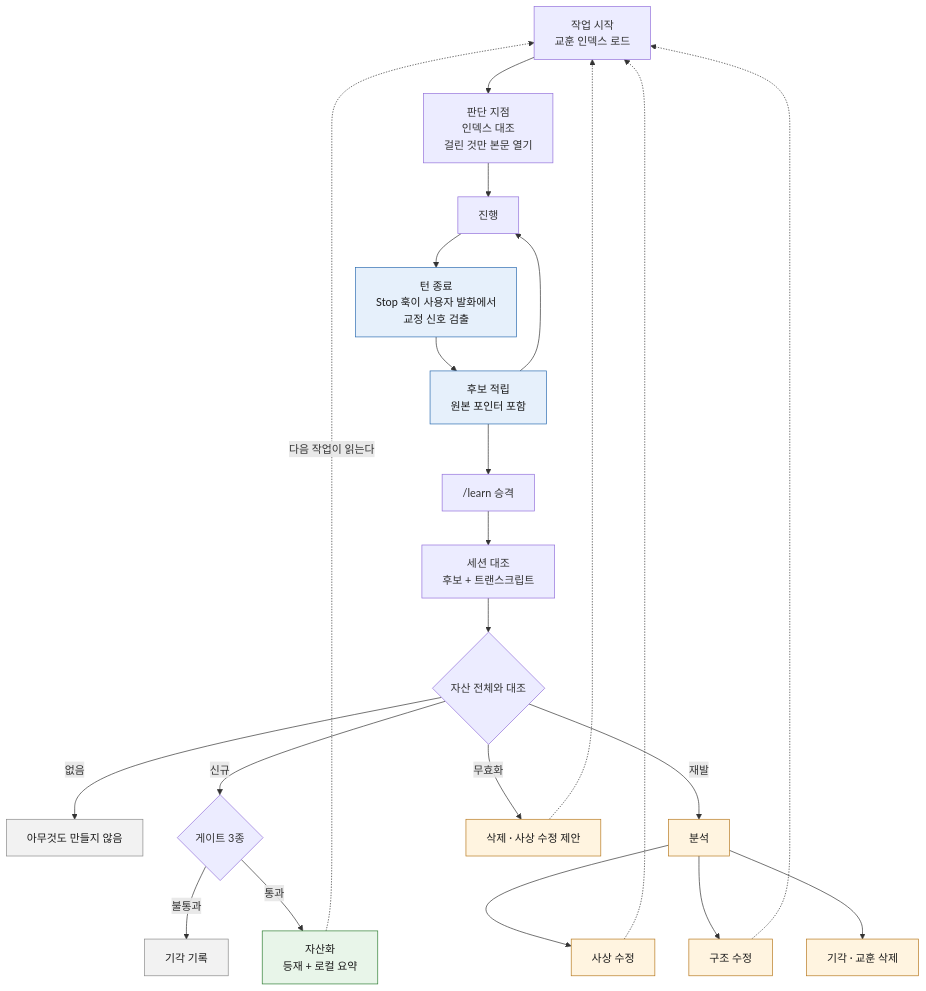
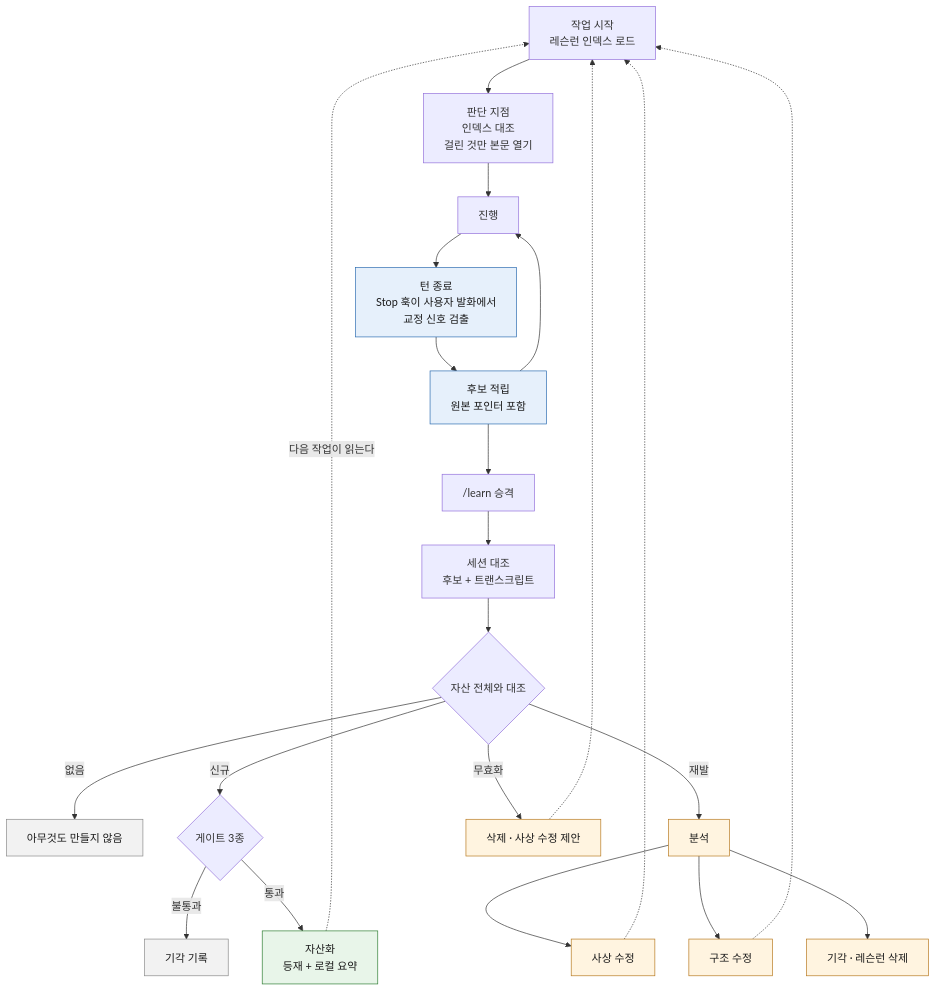
One commit to idean3885/claude-devex changed the diagram in docs/lessons.md. Above: the diagram before and after it, drawn with Mermaid. The commit also changed other lines of this file and 10 other files, not shown here.

````diff
--- a/docs/lessons.md
+++ b/docs/lessons.md
@@ -21,33 +25,33 @@
 ```mermaid
 flowchart TB
-  S["작업 시작<br/>교훈 인덱스 로드"] --> D["판단 지점<br/>인덱스 대조<br/>걸린 것만 본문 열기"]
+  S["작업 시작<br/>레슨런 인덱스 로드"] --> D["판단 지점<br/>인덱스 대조<br/>걸린 것만 본문 열기"]
   D --> W["진행"]
   W --> T["턴 종료<br/>Stop 훅이 사용자 발화에서<br/>교정 신호 검출"]
   T --> Q["후보 적립<br/>원본 포인터 포함"]
   Q --> W
   Q --> L["/learn 승격"]
   L --> SC["세션 대조<br/>후보 + 트랜스크립트"]
   SC --> M{"자산 전체와 대조"}
   M -->|"없음"| N["아무것도 만들지 않음"]
   M -->|"신규"| GATE{"게이트 3종"}
   M -->|"재발"| R["분석"]
   M -->|"무효화"| V["삭제 · 사상 수정 제안"]
   GATE -->|"불통과"| RJ["기각 기록"]
   GATE -->|"통과"| A["자산화<br/>등재 + 로컬 요약"]
   R --> R1["사상 수정"]
   R --> R2["구조 수정"]
-  R --> R3["기각 · 교훈 삭제"]
+  R --> R3["기각 · 레슨런 삭제"]
   A -.->|"다음 작업이 읽는다"| S
   R1 -.-> S
   R2 -.-> S
   V -.-> S
 
   classDef skip fill:#f2f2f2,stroke:#8a8a8a,color:#1a1a1a
   classDef act fill:#e8f5e9,stroke:#2e7d32,color:#1a1a1a
   classDef dig fill:#fff4e0,stroke:#b7791f,color:#1a1a1a
   classDef mach fill:#e6f0fb,stroke:#2b6cb0,color:#1a1a1a
   class N,RJ skip
   class A act
   class R,R1,R2,R3,V dig
   class T,Q mach
 ```
````
